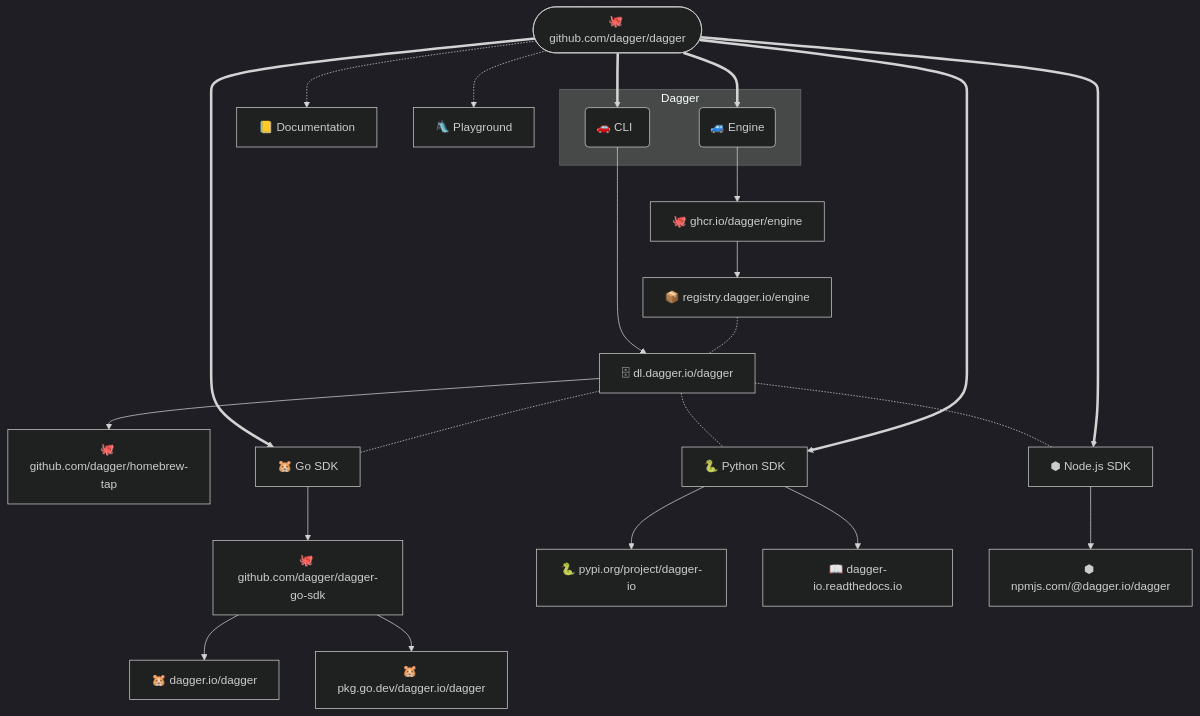
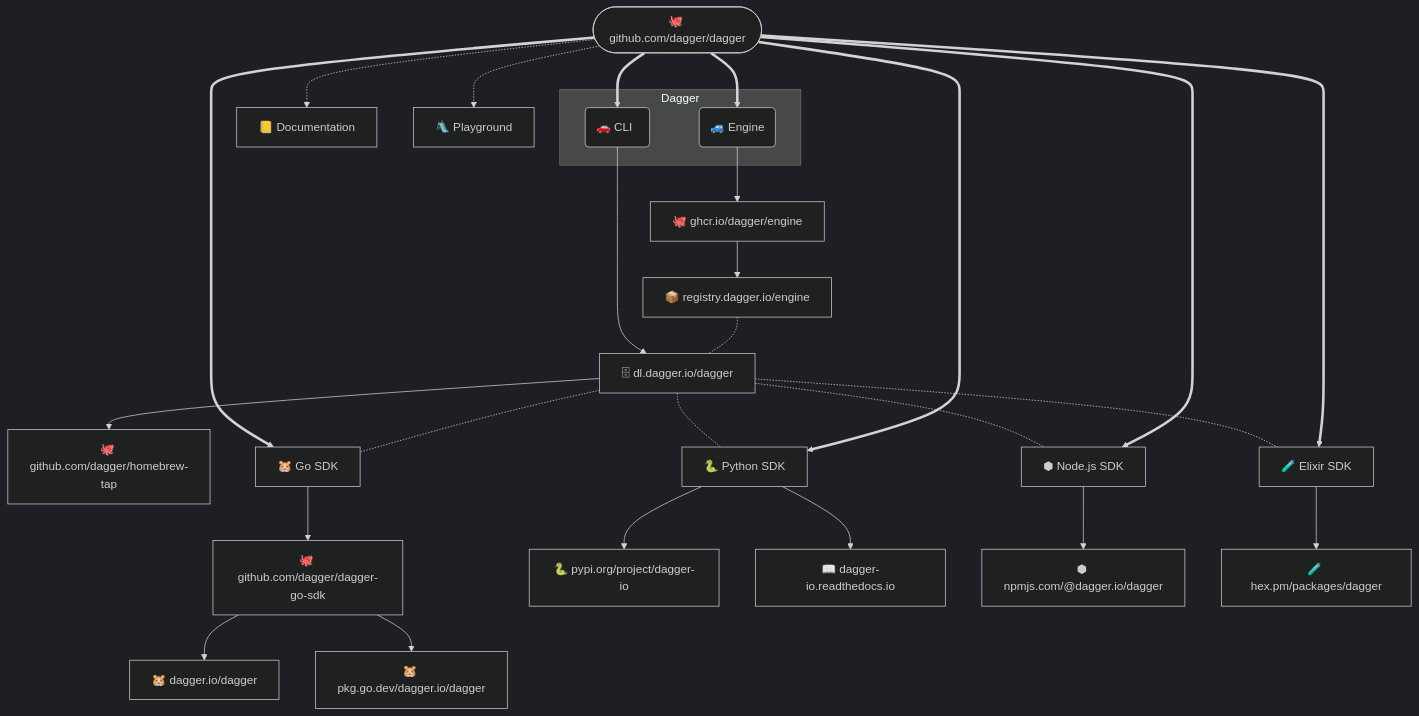
Before and after one commit to dagger/dagger: the diagram in RELEASING.md, drawn with Mermaid (dark theme). The commit also changed other lines of this file, not shown here.

````diff
--- a/RELEASING.md
+++ b/RELEASING.md
@@ -14,39 +15,43 @@
 ```mermaid
 flowchart TD
     repo(["🐙 github.com/dagger/dagger"])
     docs["📒 Documentation"]
     playground["🛝 Playground"]
     repo -.-> docs & playground
     
     subgraph Dagger
         engine("🚙 Engine")
         cli("🚗 CLI &nbsp;")
     end
 
     repo ==> engine & cli
 
     S3["🗄 dl.dagger.io/dagger"]
     brew-tap["🐙 github.com/dagger/homebrew-tap"]
     cli --> S3 --> brew-tap
 
     registry["📦 registry.dagger.io/engine"]
     ghcr["🐙 ghcr.io/dagger/engine"]
     engine --> ghcr --> registry
 
     go["🐹 Go SDK"]
     go-repo["🐙 github.com/dagger/dagger-go-sdk"]
     go-pkg["🐹 dagger.io/dagger"]
     go-ref["🐹 pkg.go.dev/dagger.io/dagger"]
 
     repo ==> go --> go-repo --> go-pkg & go-ref
-    registry -.- S3 -.- go & python & nodejs
+    registry -.- S3 -.- go & python & nodejs & elixir
 
     python["🐍 Python SDK"]
     pypi["🐍 pypi.org/project/dagger-io"]
     readthedocs["📖 dagger-io.readthedocs.io"]
     repo ==> python --> pypi & readthedocs
 
     nodejs["⬢ Node.js SDK"]
     npm["⬢ npmjs.com/@dagger.io/dagger"]
     repo ==> nodejs --> npm
+
+    elixir["🧪 Elixir SDK"]
+    hex["🧪 hex.pm/packages/dagger"]
+    repo ==> elixir --> hex
 ```
````
